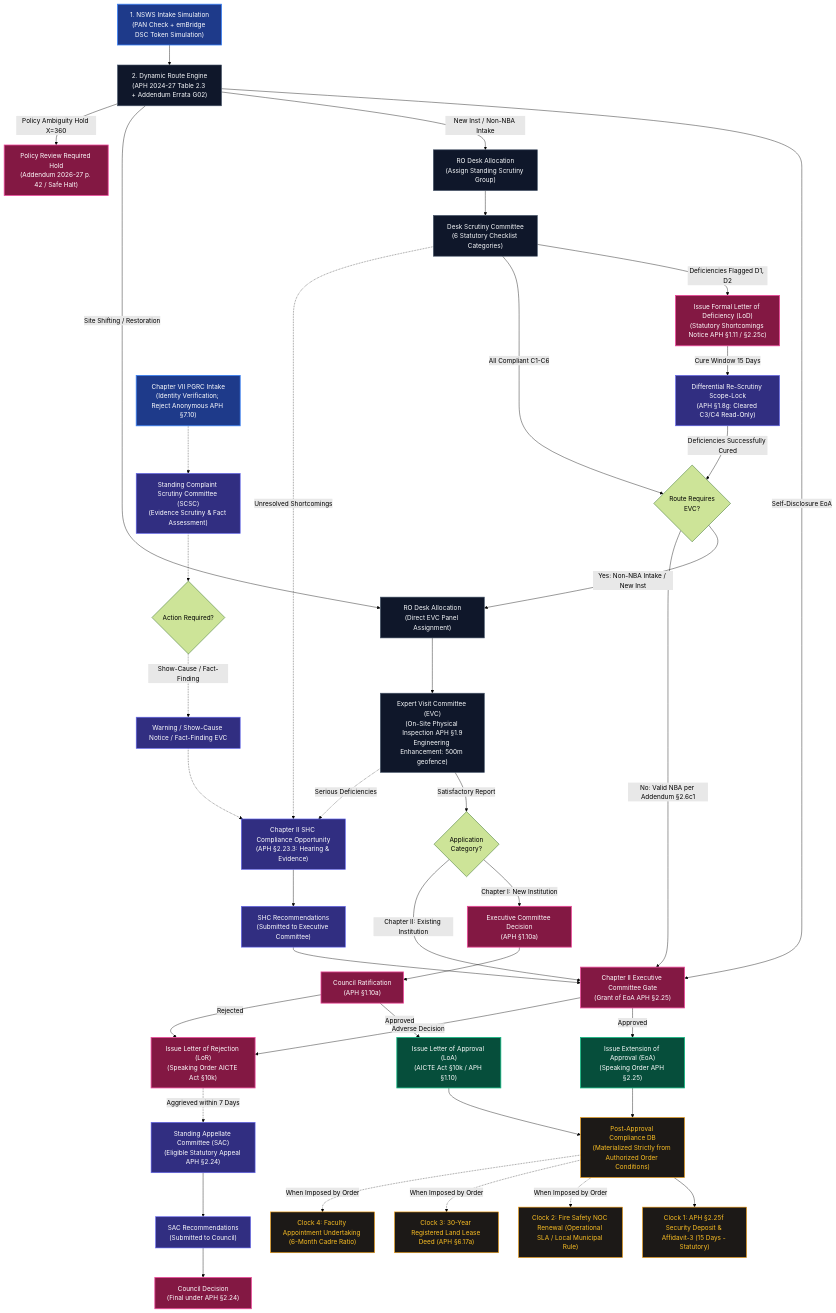
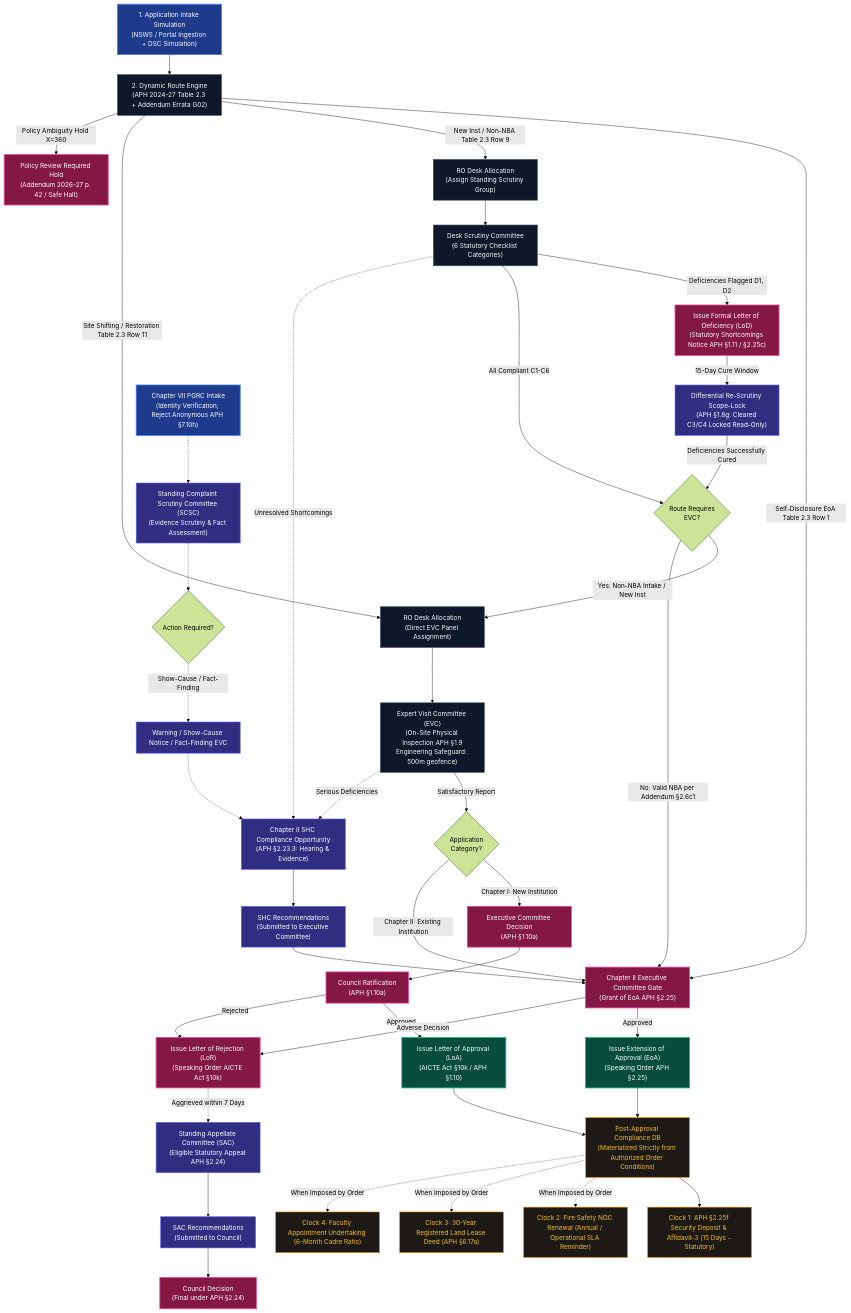
One commit to Parth-Chavan-15/SIH-2026-AICTE changed the diagram in README.md. Above: the diagram before and after it, drawn with Mermaid (forest theme). The commit also changed other lines of this file and 7 other files, not shown here.

````diff
--- a/README.md
+++ b/README.md
@@ -36,62 +67,62 @@
 ```mermaid
 flowchart TD
     classDef startNode fill:#1e3a8a,stroke:#3b82f6,stroke-width:2px,color:#fff;
     classDef processNode fill:#0f172a,stroke:#475569,stroke-width:1.5px,color:#f8fafc;
     classDef branch fill:#312e81,stroke:#6366f1,stroke-width:1.5px,color:#fff;
     classDef decisionNode fill:#831843,stroke:#ec4899,stroke-width:2px,color:#fff;
     classDef docNode fill:#064e3b,stroke:#10b981,stroke-width:2px,color:#fff;
     classDef auditNode fill:#1c1917,stroke:#f59e0b,stroke-width:1.5px,color:#fbbf24;
 
-    A["1. NSWS Intake Simulation<br/>(PAN Check + emBridge DSC Token Simulation)"]:::startNode --> B["2. Dynamic Route Engine<br/>(APH 2024-27 Table 2.3 + Addendum Errata G02)"]:::processNode
+    A["1. Application Intake Simulation<br/>(NSWS / Portal Ingestion + DSC Simulation)"]:::startNode --> B["2. Dynamic Route Engine<br/>(APH 2024-27 Table 2.3 + Addendum Errata G02)"]:::processNode
     
-    B -->|Self-Disclosure EoA| G_EC["Chapter II Executive Committee Gate<br/>(Grant of EoA APH §2.25)"]:::decisionNode
-    B -->|New Inst / Non-NBA Intake| C["RO Desk Allocation<br/>(Assign Standing Scrutiny Group)"]:::processNode
-    B -->|Site Shifting / Restoration| E["RO Desk Allocation<br/>(Direct EVC Panel Assignment)"]:::processNode
+    B -->|Self-Disclosure EoA Table 2.3 Row 1| G_EC["Chapter II Executive Committee Gate<br/>(Grant of EoA APH §2.25)"]:::decisionNode
+    B -->|New Inst / Non-NBA Table 2.3 Row 9| C["RO Desk Allocation<br/>(Assign Standing Scrutiny Group)"]:::processNode
+    B -->|Site Shifting / Restoration Table 2.3 Row 11| E["RO Desk Allocation<br/>(Direct EVC Panel Assignment)"]:::processNode
     B -->|Policy Ambiguity Hold X=360| BH["Policy Review Required Hold<br/>(Addendum 2026-27 p. 42 / Safe Halt)"]:::decisionNode
 
     C --> D["Desk Scrutiny Committee<br/>(6 Statutory Checklist Categories)"]:::processNode
     D -->|Deficiencies Flagged D1, D2| D_LOD["Issue Formal Letter of Deficiency (LoD)<br/>(Statutory Shortcomings Notice APH §1.11 / §2.25c)"]:::decisionNode
-    D_LOD -->|Cure Window 15 Days| D1["Differential Re-Scrutiny Scope-Lock<br/>(APH §1.8g: Cleared C3/C4 Read-Only)"]:::branch
+    D_LOD -->|15-Day Cure Window| D1["Differential Re-Scrutiny Scope-Lock<br/>(APH §1.8g: Cleared C3/C4 Locked Read-Only)"]:::branch
     D1 -->|Deficiencies Successfully Cured| D2Check{"Route Requires<br/>EVC?"}
     D -->|All Compliant C1-C6| D2Check
 
     D2Check -->|Yes: Non-NBA Intake / New Inst| E
     D2Check -->|No: Valid NBA per Addendum §2.6c1| G_EC
 
-    E --> F["Expert Visit Committee (EVC)<br/>(On-Site Physical Inspection APH §1.9<br/>Engineering Enhancement: 500m geofence)"]:::processNode
+    E --> F["Expert Visit Committee (EVC)<br/>(On-Site Physical Inspection APH §1.9<br/>Engineering Safeguard: 500m geofence)"]:::processNode
     F -->|Satisfactory Report| G_ROUTE{"Application<br/>Category?"}
     
     G_ROUTE -->|Chapter I: New Institution| G_CH1_EC["Executive Committee Decision<br/>(APH §1.10a)"]:::decisionNode
     G_CH1_EC --> G_CH1_COUNCIL["Council Ratification<br/>(APH §1.10a)"]:::decisionNode
     G_CH1_COUNCIL -->|Approved| H1["Issue Letter of Approval (LoA)<br/>(AICTE Act §10k / APH §1.10)"]:::docNode
     G_CH1_COUNCIL -->|Rejected| I2["Issue Letter of Rejection (LoR)<br/>(Speaking Order AICTE Act §10k)"]:::decisionNode
 
     G_ROUTE -->|Chapter II: Existing Institution| G_EC
     G_EC -->|Approved| H2["Issue Extension of Approval (EoA)<br/>(Speaking Order APH §2.25)"]:::docNode
     G_EC -->|Adverse Decision| I2
 
     %% Decoupled Chapter II SHC Shortcomings Branch
     D -.->|Unresolved Shortcomings| SHC_COMP["Chapter II SHC Compliance Opportunity<br/>(APH §2.23.3: Hearing & Evidence)"]:::branch
     F -.->|Serious Deficiencies| SHC_COMP
     SHC_COMP --> SHC_REC["SHC Recommendations<br/>(Submitted to Executive Committee)"]:::branch
     SHC_REC --> G_EC
 
     %% Decoupled Chapter II SAC Appellate Branch
     I2 -.->|Aggrieved within 7 Days| SAC_APP["Standing Appellate Committee (SAC)<br/>(Eligible Statutory Appeal APH §2.24)"]:::branch
     SAC_APP --> SAC_REC["SAC Recommendations<br/>(Submitted to Council)"]:::branch
     SAC_REC --> SAC_FINAL["Council Decision<br/>(Final under APH §2.24)"]:::decisionNode
 
     %% Decoupled Chapter VII Grievance & Complaint Branch
-    PGRC["Chapter VII PGRC Intake<br/>(Identity Verification; Reject Anonymous APH §7.10)"]:::startNode -.-> SCSC["Standing Complaint Scrutiny Committee (SCSC)<br/>(Evidence Scrutiny & Fact Assessment)"]:::branch
+    PGRC["Chapter VII PGRC Intake<br/>(Identity Verification; Reject Anonymous APH §7.10h)"]:::startNode -.-> SCSC["Standing Complaint Scrutiny Committee (SCSC)<br/>(Evidence Scrutiny & Fact Assessment)"]:::branch
     SCSC -.-> SCSC_ACT{"Action Required?"}
     SCSC_ACT -.->|Show-Cause / Fact-Finding| SCSC_EVC["Warning / Show-Cause Notice / Fact-Finding EVC"]:::branch
     SCSC_EVC -.-> SHC_COMP
 
     %% Post-Approval Compliance Materialization
     H1 --> N["Post-Approval Compliance DB<br/>(Materialized Strictly from Authorized Order Conditions)"]:::auditNode
     H2 --> N
     N --> N1["Clock 1: APH §2.25f Security Deposit & Affidavit-3 (15 Days - Statutory)"]:::auditNode
-    N -.->|When Imposed by Order| N2["Clock 2: Fire Safety NOC Renewal (Operational SLA / Local Municipal Rule)"]:::auditNode
+    N -.->|When Imposed by Order| N2["Clock 2: Fire Safety NOC Renewal (Annual / Operational SLA Reminder)"]:::auditNode
     N -.->|When Imposed by Order| N3["Clock 3: 30-Year Registered Land Lease Deed (APH §6.17a)"]:::auditNode
     N -.->|When Imposed by Order| N4["Clock 4: Faculty Appointment Undertaking (6-Month Cadre Ratio)"]:::auditNode
 ```
````
